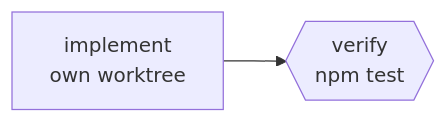
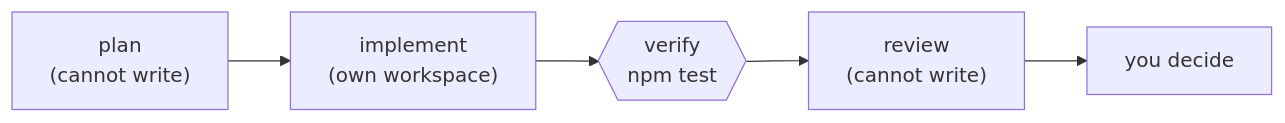
Before and after one commit to AdityaIndoori/graph-engineering: the diagram in README.md, drawn with Mermaid. The commit also changed other lines of this file and 7 other files, not shown here.

````diff
--- a/README.md
+++ b/README.md
@@ -127,4 +53,7 @@
 ```mermaid
 flowchart LR
-    implement[implement<br/>own worktree] --> verify{{verify<br/>npm test}}
+    plan["plan<br/>(cannot write)"] --> implement["implement<br/>(own workspace)"]
+    implement --> verify{{"verify<br/>npm test"}}
+    verify --> review["review<br/>(cannot write)"]
+    review --> you["you decide"]
 ```
````
